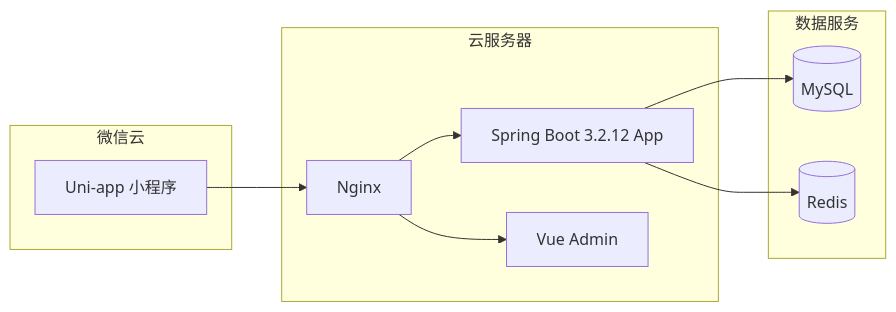
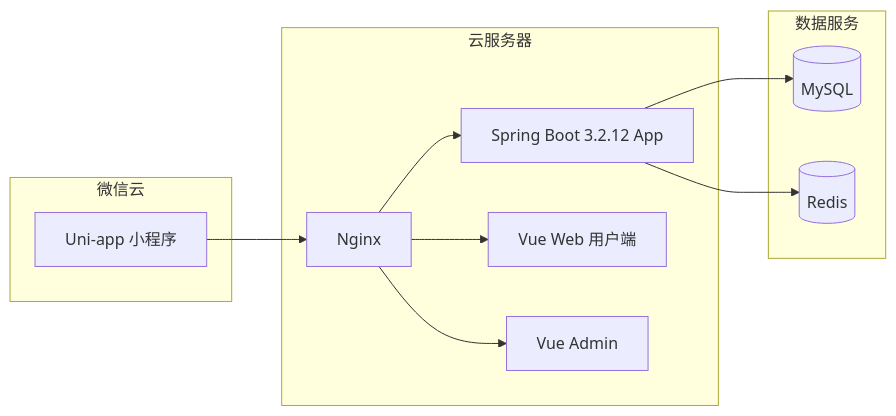
Before and after one commit to TheayX/WayTrip: the second of 7 diagrams in .kiro/specs/travel-recommendation-system/design.md, drawn with Mermaid. The commit also changed other lines of this file and 6 other files, not shown here.

````diff
--- a/.kiro/specs/travel-recommendation-system/design.md
+++ b/.kiro/specs/travel-recommendation-system/design.md
@@ -80,23 +89,25 @@
 ```mermaid
 graph LR
     subgraph 微信云
         MP[Uni-app 小程序]
     end
 
     subgraph 云服务器
         NGINX[Nginx]
         APP[Spring Boot 3.2.12 App]
+        WEBUSER[Vue Web 用户端]
         ADMIN[Vue Admin]
     end
 
     subgraph 数据服务
         MYSQL[("MySQL")]
         REDIS[("Redis")]
     end
 
     MP --> NGINX
     NGINX --> APP
+    NGINX --> WEBUSER
     NGINX --> ADMIN
     APP --> MYSQL
     APP --> REDIS
 ```
````
